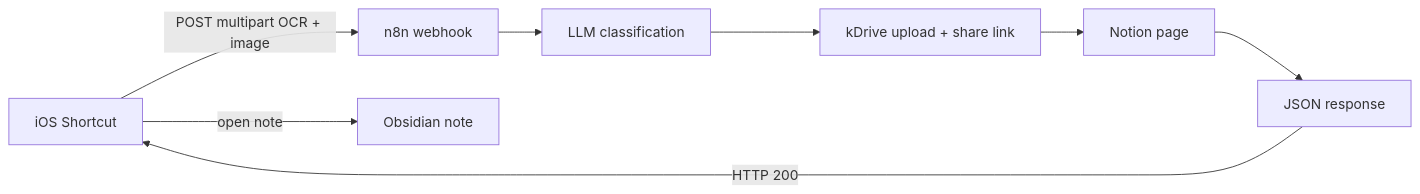
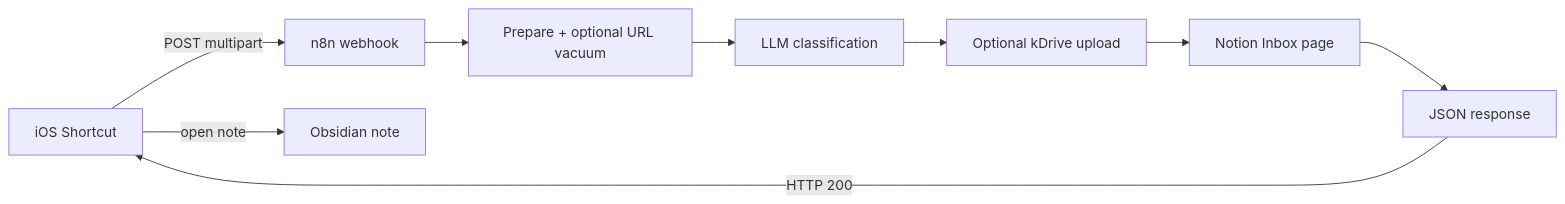
Before and after one commit to BrunoCoCH/n8n-kb-capture: the diagram in README.md, drawn with Mermaid. The commit also changed other lines of this file and 3 other files, not shown here.

````diff
--- a/README.md
+++ b/README.md
@@ -9,10 +74,11 @@
 ```mermaid
 flowchart LR
-    A["iOS Shortcut"] -->|"POST multipart OCR + image"| B["n8n webhook"]
-    B --> C["LLM classification"]
-    C --> D["kDrive upload + share link"]
-    D --> E["Notion page"]
-    E --> F["JSON response"]
-    F -->|"HTTP 200"| A
-    A -->|"open note"| G["Obsidian note"]
+    A["iOS Shortcut"] -->|"POST multipart"| B["n8n webhook"]
+    B --> C["Prepare + optional URL vacuum"]
+    C --> D["LLM classification"]
+    D --> E["Optional kDrive upload"]
+    E --> F["Notion Inbox page"]
+    F --> G["JSON response"]
+    G -->|"HTTP 200"| A
+    A -->|"open note"| H["Obsidian note"]
 ```
````
